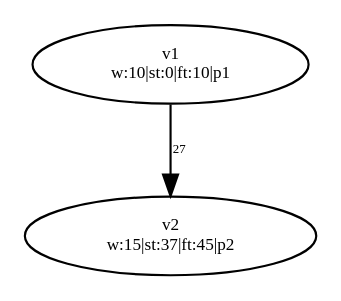
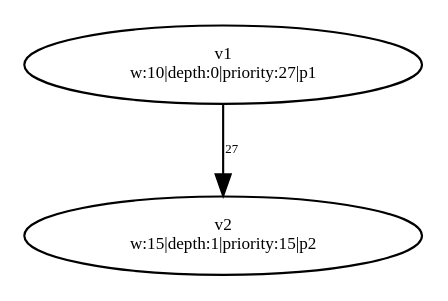
The diagram in PythonApplication1/PythonApplication1/test-output/slika_1.gv (dexters1/Task-Scheduling-Based-on-Genetic-Algorithms), drawn with Graphviz before and after one commit. The commit also changed 54 other files, not shown here.

```diff
--- a/PythonApplication1/PythonApplication1/test-output/slika_1.gv
+++ b/PythonApplication1/PythonApplication1/test-output/slika_1.gv
@@ -1,7 +1,7 @@
 digraph {
 	v1 [label="v1
-w:10|st:0|ft:10|p1" fontsize=8.0]
+w:10|depth:0|priority:27|p1" fontsize=8.0]
 	v2 [label="v2
-w:15|st:37|ft:45|p2" fontsize=8.0]
+w:15|depth:1|priority:15|p2" fontsize=8.0]
 	v1 -> v2 [label=27 constraint=true fontsize=6.0]
 }
```
